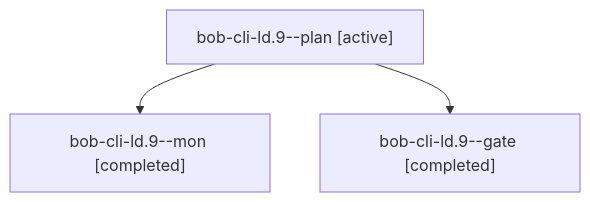
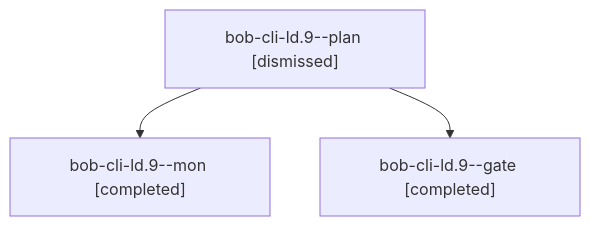
Before and after one commit to bobs-org/bob-cli--agents: the diagram in sessions/bbugyi200.athena.bob-cli-ld.9.md, drawn with Mermaid. The commit also changed other lines of this file and 102 other files, not shown here.

````diff
--- a/sessions/bbugyi200.athena.bob-cli-ld.9.md
+++ b/sessions/bbugyi200.athena.bob-cli-ld.9.md
@@ -9,8 +9,8 @@
 ```mermaid
 flowchart TD
-  n0["bob-cli-ld.9--plan [active]"]
+  n0["bob-cli-ld.9--plan [dismissed]"]
   n1["bob-cli-ld.9--mon [completed]"]
   n0 --> n1
   n2["bob-cli-ld.9--gate [completed]"]
   n0 --> n2
 ```
````
